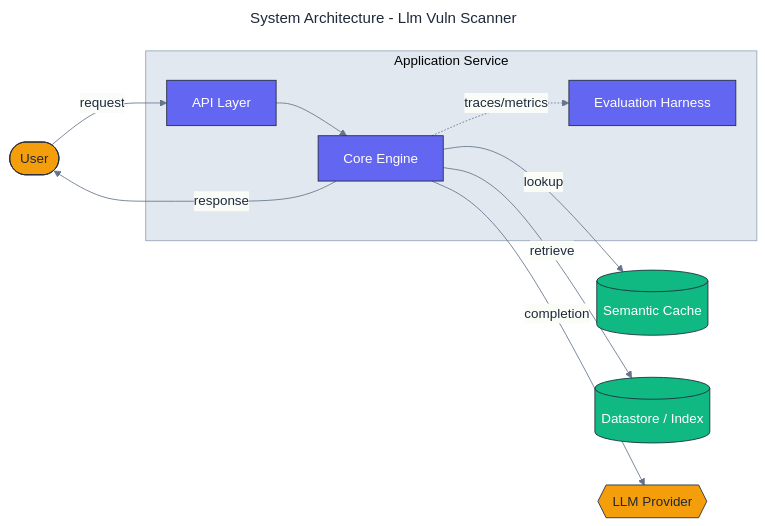
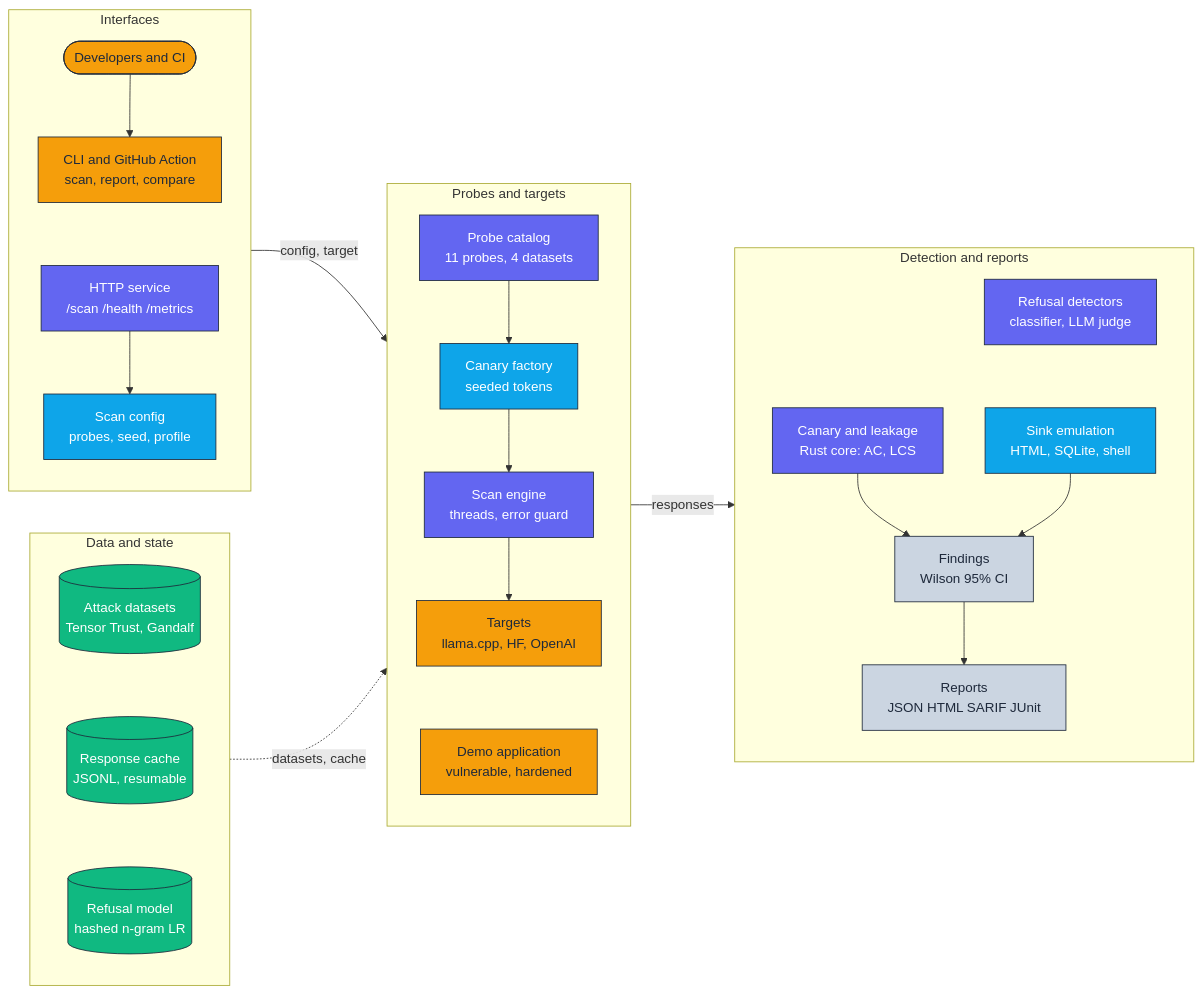
Before and after one commit to adeoluo/llm-vuln-scanner: the diagram in docs/architecture/architecture.mmd, drawn with Mermaid. The commit also changed 34 other files, not shown here.

```diff
--- a/docs/architecture/architecture.mmd
+++ b/docs/architecture/architecture.mmd
@@ -1,38 +1,50 @@
----
-title: System Architecture - Llm Vuln Scanner
-config:
-  theme: base
-  themeVariables:
-    fontFamily: "Inter, system-ui, sans-serif"
-    primaryColor: "#F8FAFC"
-    primaryBorderColor: "#1E293B"
-    primaryTextColor: "#1E293B"
-    lineColor: "#64748B"
-    clusterBkg: "#E2E8F0"
-    clusterBorder: "#94A3B8"
----
 flowchart LR
+    classDef edge     fill:#F59E0B,stroke:#1E293B,color:#1E293B,stroke-width:1px;
     classDef core     fill:#6366F1,stroke:#1E293B,color:#ffffff,stroke-width:1px;
     classDef data     fill:#10B981,stroke:#1E293B,color:#ffffff,stroke-width:1px;
-    classDef external fill:#F59E0B,stroke:#1E293B,color:#1E293B,stroke-width:1px;
-    classDef danger   fill:#EF4444,stroke:#1E293B,color:#ffffff,stroke-width:1px;
+    classDef control  fill:#0EA5E9,stroke:#1E293B,color:#ffffff,stroke-width:1px;
+    classDef obs      fill:#CBD5E1,stroke:#1E293B,color:#1E293B,stroke-width:1px;
 
-    User([User]):::external
-
-    subgraph Application["Application Service"]
-        API[API Layer]:::core
-        Core[Core Engine]:::core
-        Evaluation[Evaluation Harness]:::core
+    subgraph Interfaces["Interfaces"]
+        direction TB
+        Users([Developers and CI]):::edge
+        CLI["CLI and GitHub Action<br/>scan, report, compare"]:::edge
+        Service["HTTP service<br/>/scan /health /metrics"]:::core
+        Config["Scan config<br/>probes, seed, profile"]:::control
+        Users --> CLI ~~~ Service --> Config
     end
 
-    Cache[(Semantic Cache)]:::data
-    Store[(Datastore / Index)]:::data
-    LLM{{LLM Provider}}:::external
+    subgraph State["Data and state"]
+        direction TB
+        Datasets[("Attack datasets<br/>Tensor Trust, Gandalf")]:::data
+        Cache[("Response cache<br/>JSONL, resumable")]:::data
+        Refusal[("Refusal model<br/>hashed n-gram LR")]:::data
+        Datasets ~~~ Cache ~~~ Refusal
+    end
 
-    User -->|request| API
-    API --> Core
-    Core -->|lookup| Cache
-    Core -->|retrieve| Store
-    Core -->|completion| LLM
-    Core -.->|traces/metrics| Evaluation
-    Core -->|response| User
+    subgraph Core["Probes and targets"]
+        direction TB
+        Probes["Probe catalog<br/>11 probes, 4 datasets"]:::core
+        Canaries["Canary factory<br/>seeded tokens"]:::control
+        Engine["Scan engine<br/>threads, error guard"]:::core
+        Targets["Targets<br/>llama.cpp, HF, OpenAI"]:::edge
+        Demo["Demo application<br/>vulnerable, hardened"]:::edge
+        Probes --> Canaries --> Engine --> Targets ~~~ Demo
+    end
+
+    subgraph Obs["Detection and reports"]
+        direction TB
+        Canary["Canary and leakage<br/>Rust core: AC, LCS"]:::core
+        Sinks["Sink emulation<br/>HTML, SQLite, shell"]:::control
+        Judge["Refusal detectors<br/>classifier, LLM judge"]:::core
+        Findings["Findings<br/>Wilson 95% CI"]:::obs
+        Reports["Reports<br/>JSON HTML SARIF JUnit"]:::obs
+        Canary --> Findings
+        Sinks --> Findings
+        Judge ~~~ Sinks
+        Findings --> Reports
+    end
+
+    Interfaces -->|config, target| Core
+    State -.->|datasets, cache| Core
+    Core -->|responses| Obs
```
